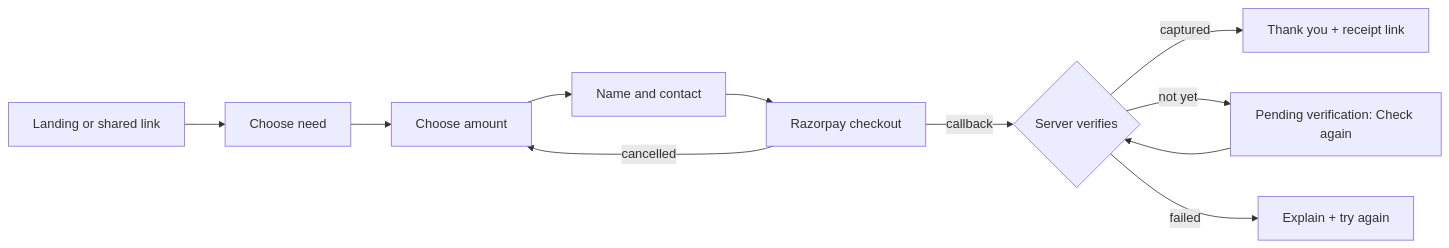
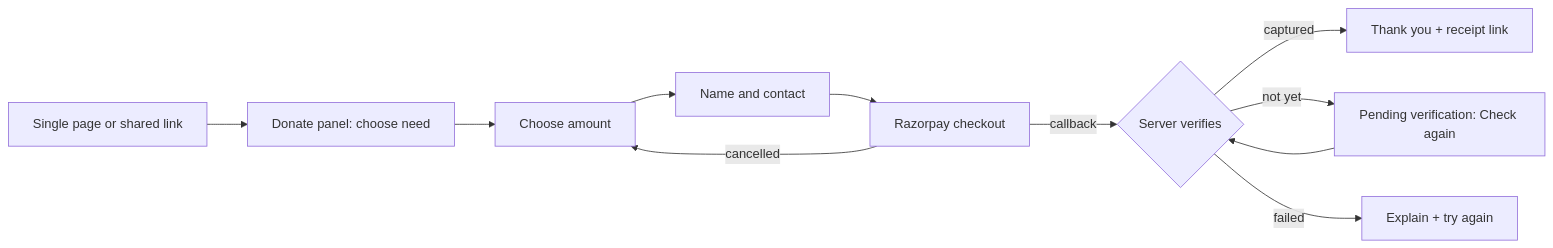
The first of 2 diagrams in docs/design/journeys.md (vitouchpro/theonetrust-v1), drawn with Mermaid before and after one commit. The commit also changed other lines of this file and 4 other files, not shown here.

First line of the commit message:
docs(design): single public page with donate/help panels; bilingual admin; daily call hours

````diff
--- a/docs/design/journeys.md
+++ b/docs/design/journeys.md
@@ -43,13 +44,13 @@
 ```mermaid
 flowchart LR
-  A[Landing or shared link] --> B[Choose need]
+  A[Single page or shared link] --> B[Donate panel: choose need]
   B --> C[Choose amount]
   C --> D[Name and contact]
   D --> E[Razorpay checkout]
   E -->|callback| F{Server verifies}
   F -->|captured| G[Thank you + receipt link]
   F -->|not yet| H[Pending verification: Check again]
   F -->|failed| I[Explain + try again]
   E -->|cancelled| C
   H --> F
 ```
````
